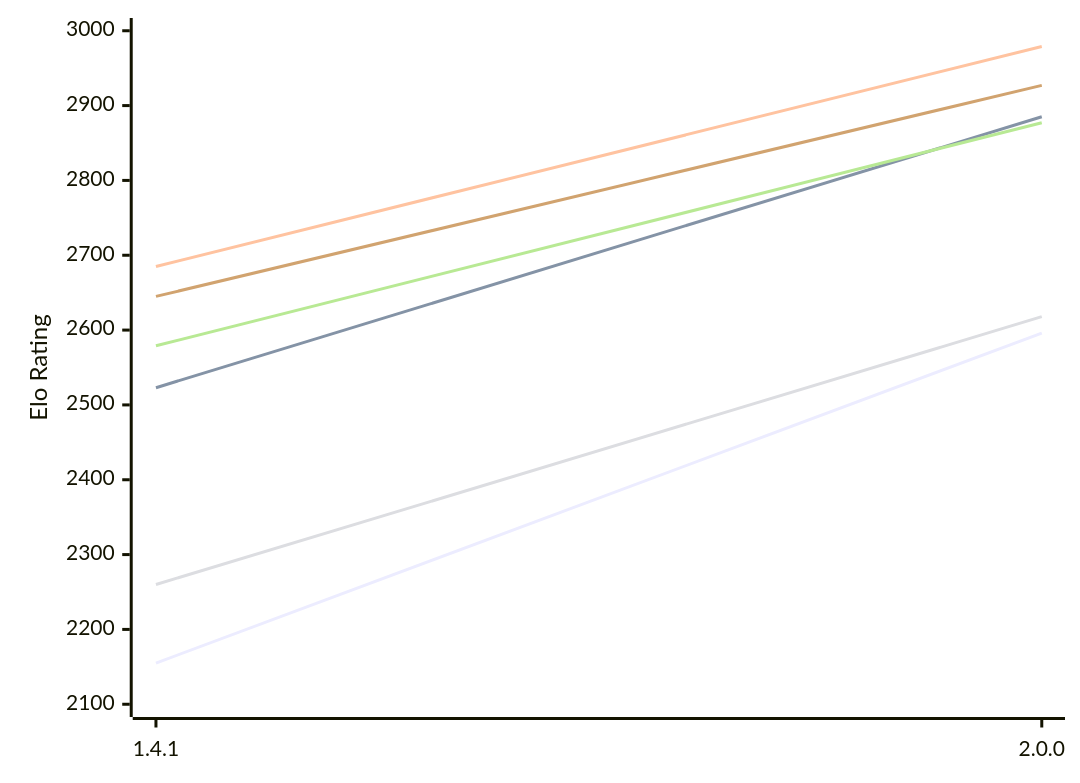
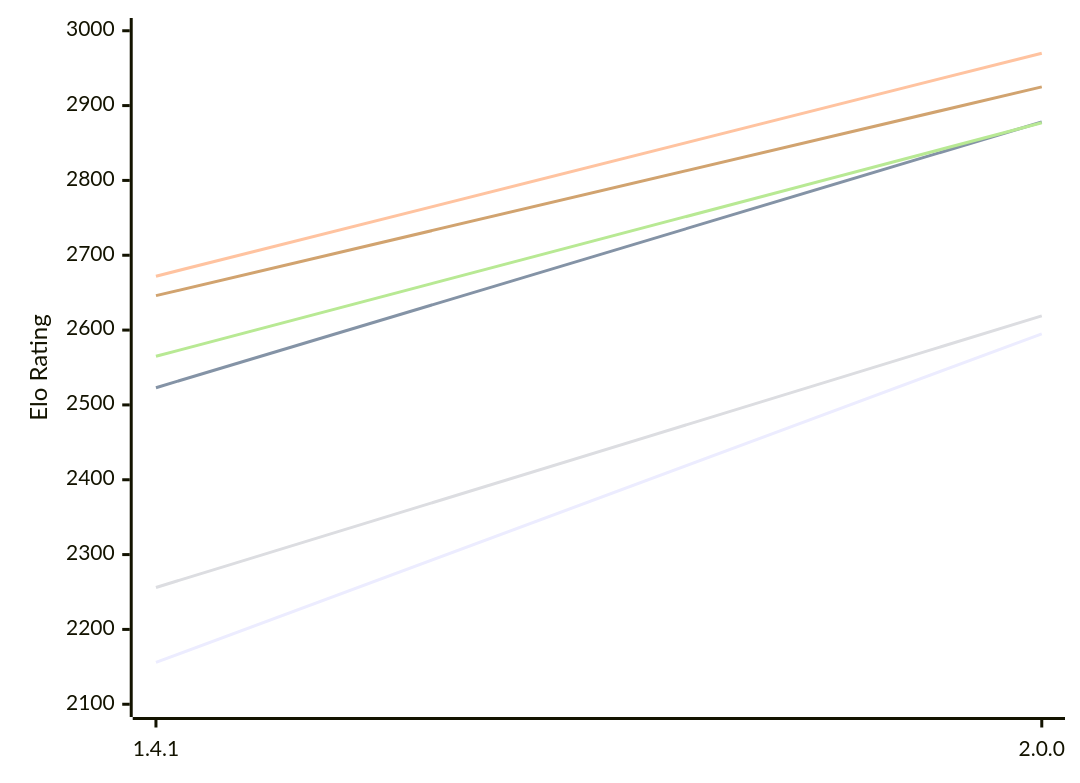
One commit to computer-chess-index/cci changed the first of 2 diagrams in engines/Chal.md. Above: the diagram before and after it, drawn with Mermaid. The commit also changed other lines of this file, not shown here.

Commit message:
Update CCI Ratings (ELO VLTC) - 2026-11-26

````diff
--- a/engines/Chal.md
+++ b/engines/Chal.md
@@ -55,12 +55,12 @@
 ```mermaid
 %%{init: {"theme":"base","themeVariables":{"seriesColors:['#a3a3a3','#222221','#faa371']}}}%%
 xychart-beta
   x-axis ["1.4.1", "2.0.0"]
   y-axis "Elo Rating" 2100 --> 3000
-  line "E1: STC (8.0+0.08s)" [2155, 2596]
-  line "E1: LTC (60.0+0.60s)" [2523, 2885]
-  line "E1: VLTC (2m24s+1.12s)" [2685, 2979]
-  line "P1: STC (8.0+0.08s)" [2260, 2618]
-  line "P1: LTC (60.0+0.60s)" [2579, 2877]
-  line "P1: VLTC (2m24s+1.12s)" [2645, 2927]
+  line "E1: STC (8.0+0.08s)" [2156, 2595]
+  line "E1: LTC (60.0+0.60s)" [2523, 2878]
+  line "E1: VLTC (2m24s+1.12s)" [2672, 2970]
+  line "P1: STC (8.0+0.08s)" [2256, 2619]
+  line "P1: LTC (60.0+0.60s)" [2565, 2877]
+  line "P1: VLTC (2m24s+1.12s)" [2646, 2925]
 ```
````
